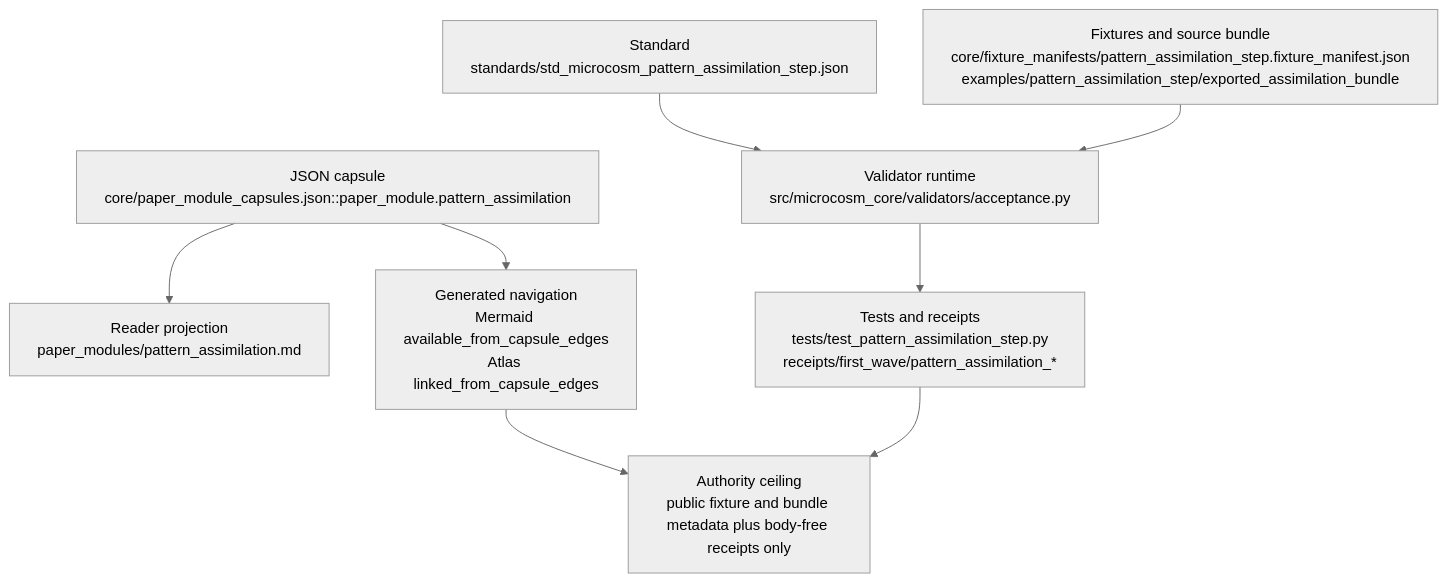
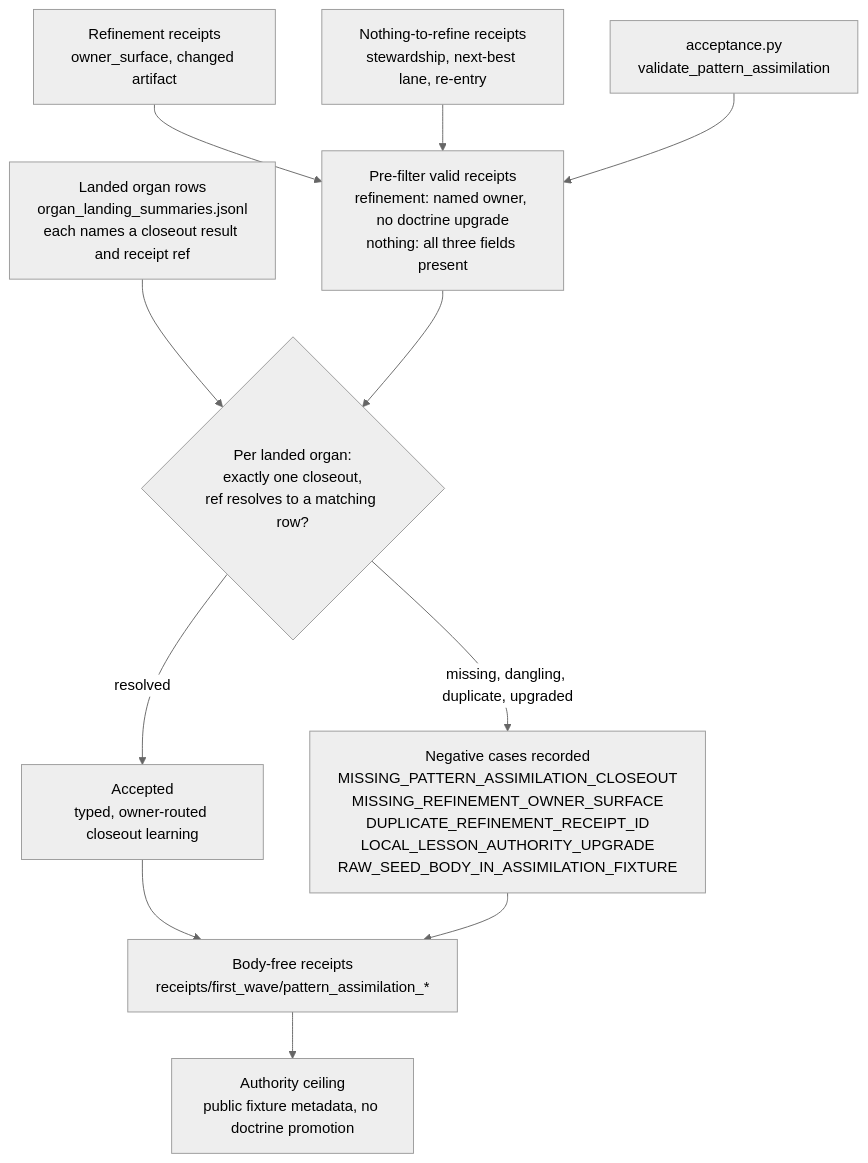
One commit to wcook04/plectis changed the diagram in paper_modules/pattern_assimilation.md. Above: the diagram before and after it, drawn with Mermaid (neutral theme). The commit also changed other lines of this file and 90 other files, not shown here.

First line of the commit message:
microcosm: enrich public paper-module prose and Shape diagrams (91 modules)

````diff
--- a/paper_modules/pattern_assimilation.md
+++ b/paper_modules/pattern_assimilation.md
@@ -24,19 +53,26 @@
 ```mermaid
 flowchart TD
-  capsule["JSON capsule<br/>core/paper_module_capsules.json::paper_module.pattern_assimilation"]
-  reader["Reader projection<br/>paper_modules/pattern_assimilation.md"]
-  standard["Standard<br/>standards/std_microcosm_pattern_assimilation_step.json"]
-  runtime["Validator runtime<br/>src/microcosm_core/validators/acceptance.py"]
-  fixtures["Fixtures and source bundle<br/>core/fixture_manifests/pattern_assimilation_step.fixture_manifest.json<br/>examples/pattern_assimilation_step/exported_assimilation_bundle"]
-  receipts["Tests and receipts<br/>tests/test_pattern_assimilation_step.py<br/>receipts/first_wave/pattern_assimilation_*"]
-  projections["Generated navigation<br/>Mermaid available_from_capsule_edges<br/>Atlas linked_from_capsule_edges"]
-  ceiling["Authority ceiling<br/>public fixture and bundle metadata plus body-free receipts only"]
+  landings["Landed organ rows<br/>organ_landing_summaries.jsonl<br/>each names a closeout result and receipt ref"]
+  refinement["Refinement receipts<br/>owner_surface, changed artifact"]
+  nothing["Nothing-to-refine receipts<br/>stewardship, next-best lane, re-entry"]
 
-  capsule --> reader
-  capsule --> projections
-  standard --> runtime
-  fixtures --> runtime
-  runtime --> receipts
+  validator["acceptance.py<br/>validate_pattern_assimilation"]
+  filter["Pre-filter valid receipts<br/>refinement: named owner, no doctrine upgrade<br/>nothing: all three fields present"]
+  match{"Per landed organ:<br/>exactly one closeout,<br/>ref resolves to a matching row?"}
+
+  pass["Accepted<br/>typed, owner-routed closeout learning"]
+  negatives["Negative cases recorded<br/>MISSING_PATTERN_ASSIMILATION_CLOSEOUT<br/>MISSING_REFINEMENT_OWNER_SURFACE<br/>DUPLICATE_REFINEMENT_RECEIPT_ID<br/>LOCAL_LESSON_AUTHORITY_UPGRADE<br/>RAW_SEED_BODY_IN_ASSIMILATION_FIXTURE"]
+  receipts["Body-free receipts<br/>receipts/first_wave/pattern_assimilation_*"]
+  ceiling["Authority ceiling<br/>public fixture metadata, no doctrine promotion"]
+
+  landings --> match
+  refinement --> filter
+  nothing --> filter
+  filter --> match
+  validator --> filter
+  match -->|resolved| pass
+  match -->|missing, dangling, duplicate, upgraded| negatives
+  pass --> receipts
+  negatives --> receipts
   receipts --> ceiling
-  projections --> ceiling
 ```
````
